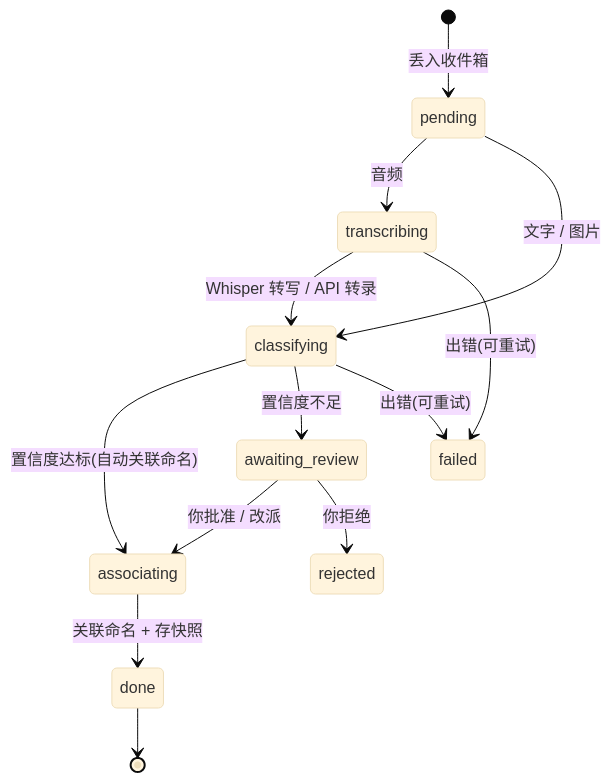
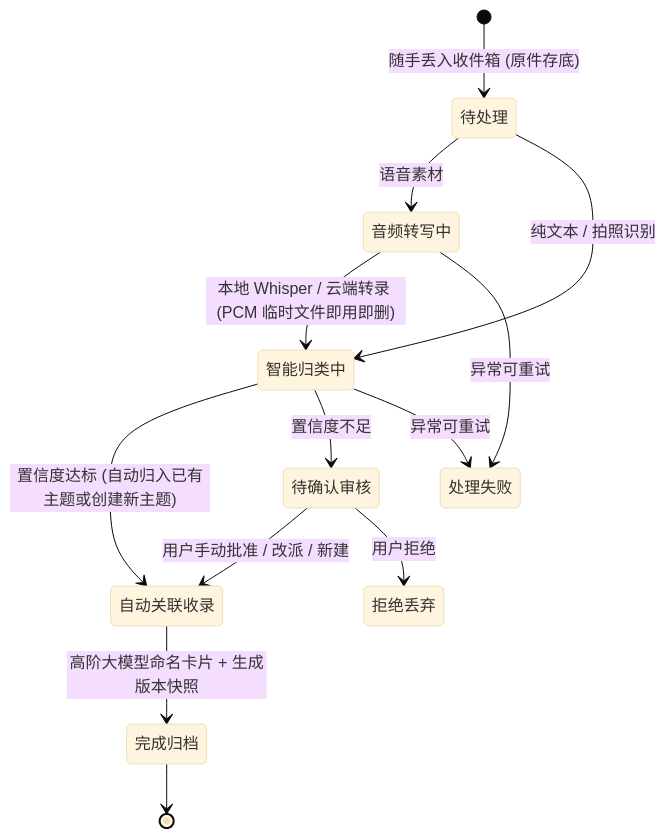
One commit to its-rory/luanxie changed the second of 2 diagrams in README.md. Above: the diagram before and after it, drawn with Mermaid (base theme). The commit also changed other lines of this file, not shown here.

Commit message:
docs: update README.md to align with current v0.2.1 features, UI and architecture

````diff
--- a/README.md
+++ b/README.md
@@ -120,15 +184,15 @@
 ```mermaid
 stateDiagram-v2
-    [*] --> pending: 丢入收件箱
-    pending --> transcribing: 音频
-    pending --> classifying: 文字 / 图片
-    transcribing --> classifying: Whisper 转写 / API 转录
-    classifying --> associating: 置信度达标(自动关联命名)
-    classifying --> awaiting_review: 置信度不足
-    awaiting_review --> associating: 你批准 / 改派
-    awaiting_review --> rejected: 你拒绝
-    associating --> done: 关联命名 + 存快照
-    transcribing --> failed: 出错(可重试)
-    classifying --> failed: 出错(可重试)
-    done --> [*]
+    [*] --> 待处理: 随手丢入收件箱 (原件存底)
+    待处理 --> 音频转写中: 语音素材
+    待处理 --> 智能归类中: 纯文本 / 拍照识别
+    音频转写中 --> 智能归类中: 本地 Whisper / 云端转录 (PCM 临时文件即用即删)
+    智能归类中 --> 自动关联收录: 置信度达标 (自动归入已有主题或创建新主题)
+    智能归类中 --> 待确认审核: 置信度不足
+    待确认审核 --> 自动关联收录: 用户手动批准 / 改派 / 新建
+    待确认审核 --> 拒绝丢弃: 用户拒绝
+    自动关联收录 --> 完成归档: 高阶大模型命名卡片 + 生成版本快照
+    音频转写中 --> 处理失败: 异常可重试
+    智能归类中 --> 处理失败: 异常可重试
+    完成归档 --> [*]
 ```
````
